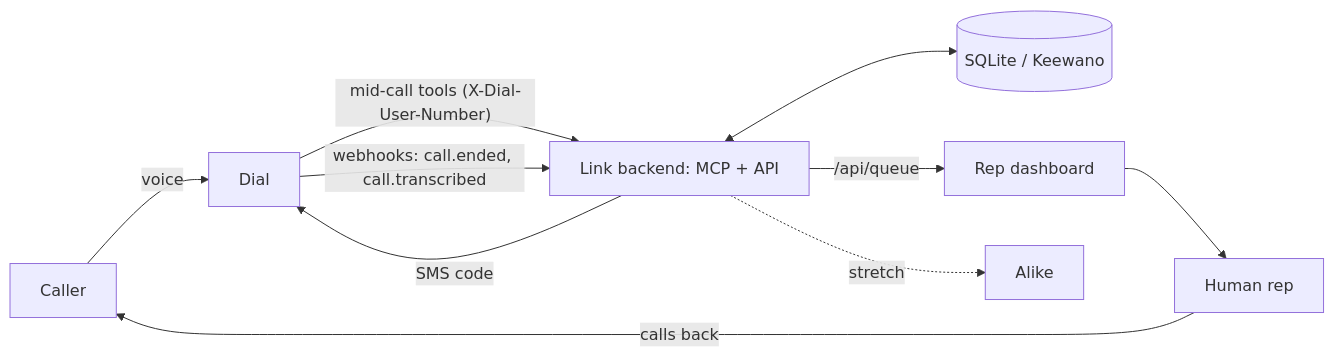
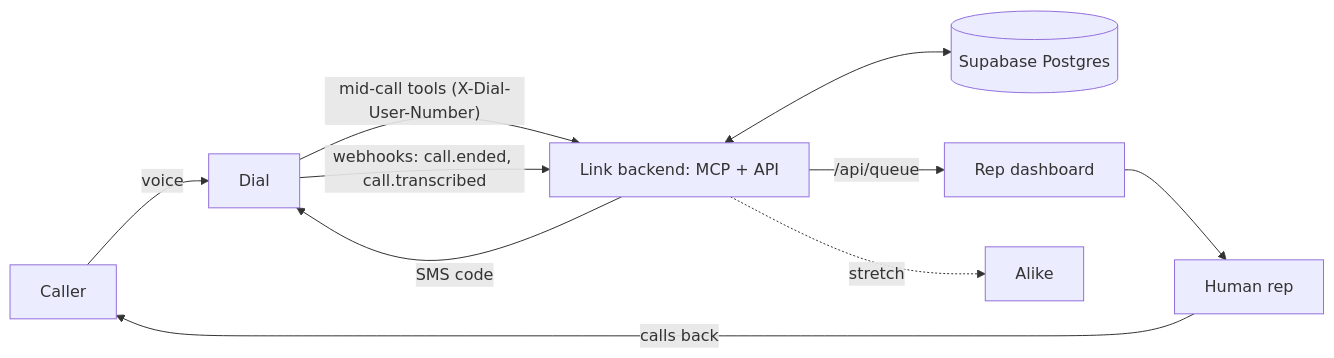
One commit to red0-x/Rung changed the diagram in vault/project/architecture.md. Above: the diagram before and after it, drawn with Mermaid. The commit also changed 6 other files, not shown here.

Commit message:
vault: contract v2 — DB moves from SQLite to Supabase Postgres

````diff
--- a/vault/project/architecture.md
+++ b/vault/project/architecture.md
@@ -6,11 +6,11 @@
 ```mermaid
 flowchart LR
   Caller -- voice --> Dial
   Dial -- "mid-call tools (X-Dial-User-Number)" --> Backend[Link backend: MCP + API]
   Dial -- "webhooks: call.ended, call.transcribed" --> Backend
   Backend -- "SMS code" --> Dial
-  Backend <--> DB[(SQLite / Keewano)]
+  Backend <--> DB[(Supabase Postgres)]
   Backend -- "/api/queue" --> Dashboard[Rep dashboard]
   Dashboard --> Rep[Human rep] -- calls back --> Caller
   Backend -. stretch .-> Alike
 ```
````
